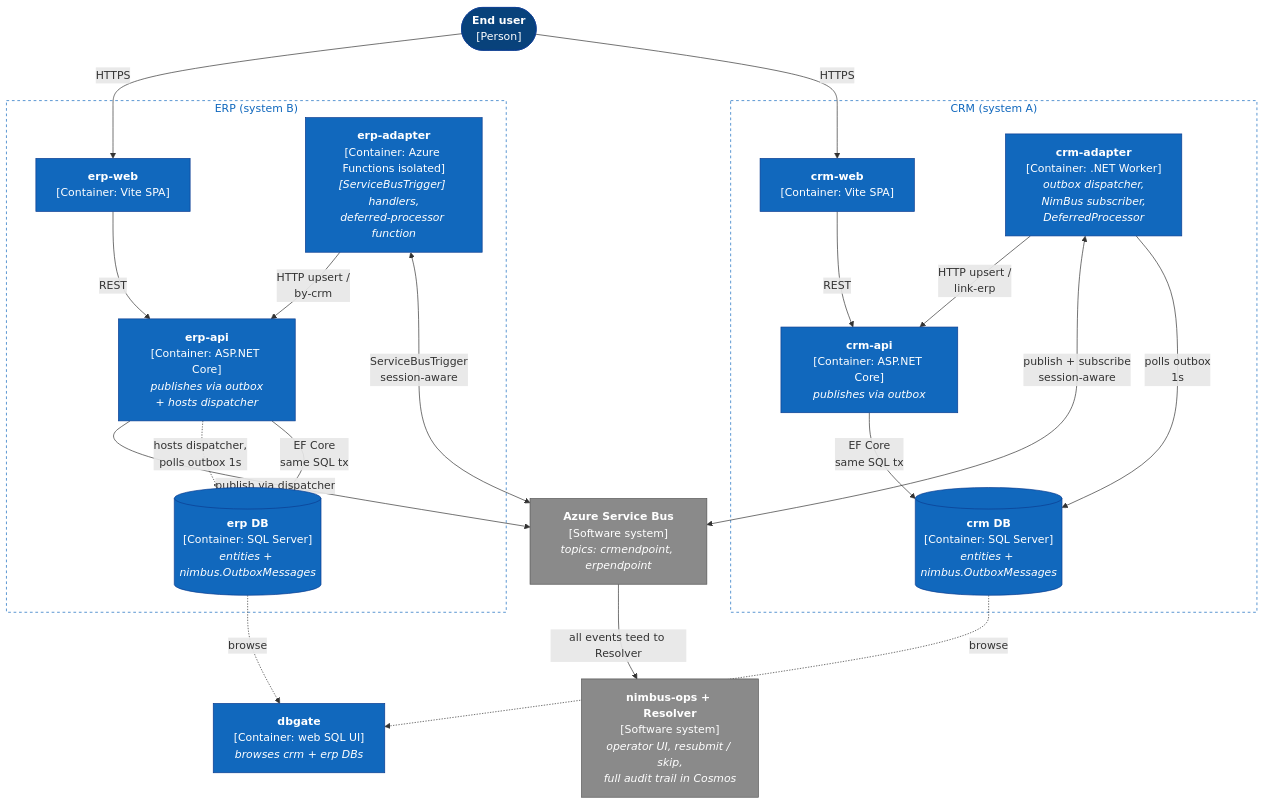
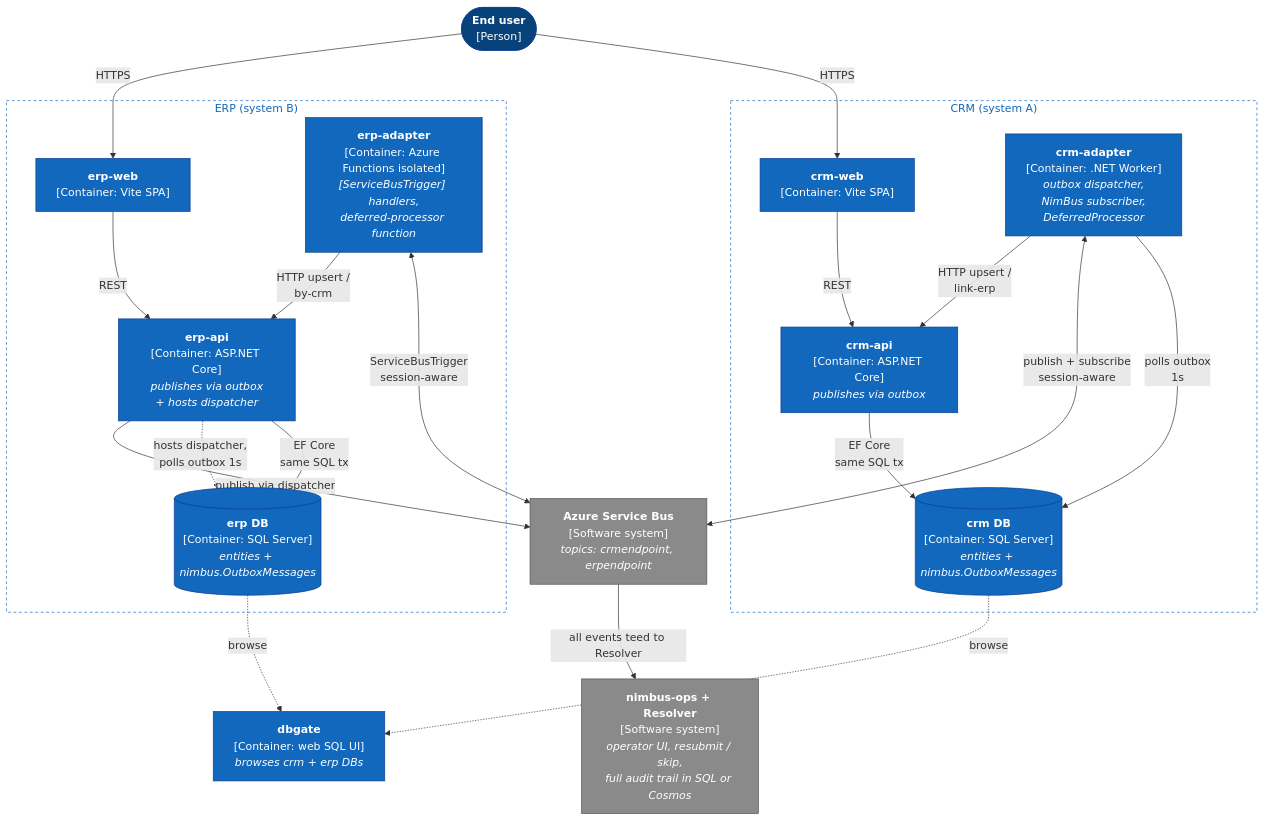
One commit to akakaule/NimBus changed the first of 6 diagrams in samples/CrmErpDemo/README.md. Above: the diagram before and after it, drawn with Mermaid. The commit also changed other lines of this file, not shown here.

First line of the commit message:
docs(crmerpdemo): document SQL Server / Cosmos storage-provider choice

````diff
--- a/samples/CrmErpDemo/README.md
+++ b/samples/CrmErpDemo/README.md
@@ -7,51 +7,51 @@
 ```mermaid
 graph TB
     user(["<b>End user</b><br/>[Person]"])
 
     subgraph crmSide["CRM (system A)"]
         crmWeb["<b>crm-web</b><br/>[Container: Vite SPA]"]
         crmApi["<b>crm-api</b><br/>[Container: ASP.NET Core]<br/><i>publishes via outbox</i>"]
         crmDb[("<b>crm DB</b><br/>[Container: SQL Server]<br/><i>entities + nimbus.OutboxMessages</i>")]
         crmAdapter["<b>crm-adapter</b><br/>[Container: .NET Worker]<br/><i>outbox dispatcher,<br/>NimBus subscriber,<br/>DeferredProcessor</i>"]
     end
 
     subgraph erpSide["ERP (system B)"]
         erpWeb["<b>erp-web</b><br/>[Container: Vite SPA]"]
         erpApi["<b>erp-api</b><br/>[Container: ASP.NET Core]<br/><i>publishes via outbox<br/>+ hosts dispatcher</i>"]
         erpDb[("<b>erp DB</b><br/>[Container: SQL Server]<br/><i>entities + nimbus.OutboxMessages</i>")]
         erpAdapter["<b>erp-adapter</b><br/>[Container: Azure Functions isolated]<br/><i>[ServiceBusTrigger] handlers,<br/>deferred-processor function</i>"]
     end
 
     sb["<b>Azure Service Bus</b><br/>[Software system]<br/><i>topics: crmendpoint, erpendpoint</i>"]
-    ops["<b>nimbus-ops + Resolver</b><br/>[Software system]<br/><i>operator UI, resubmit / skip,<br/>full audit trail in Cosmos</i>"]
+    ops["<b>nimbus-ops + Resolver</b><br/>[Software system]<br/><i>operator UI, resubmit / skip,<br/>full audit trail in SQL or Cosmos</i>"]
     dbgate["<b>dbgate</b><br/>[Container: web SQL UI]<br/><i>browses crm + erp DBs</i>"]
 
     user -->|HTTPS| crmWeb
     user -->|HTTPS| erpWeb
     crmWeb -->|REST| crmApi
     erpWeb -->|REST| erpApi
     crmApi -->|EF Core<br/>same SQL tx| crmDb
     erpApi -->|EF Core<br/>same SQL tx| erpDb
     crmAdapter -->|polls outbox<br/>1s| crmDb
     erpApi -.->|hosts dispatcher,<br/>polls outbox 1s| erpDb
     crmAdapter <-->|publish + subscribe<br/>session-aware| sb
     erpAdapter <-->|ServiceBusTrigger<br/>session-aware| sb
     erpApi -->|publish via dispatcher| sb
     crmAdapter -->|HTTP upsert /<br/>link-erp| crmApi
     erpAdapter -->|HTTP upsert /<br/>by-crm| erpApi
     sb -->|all events teed to Resolver| ops
     crmDb -.->|browse| dbgate
     erpDb -.->|browse| dbgate
 
     classDef person    fill:#08427b,stroke:#0b3d91,color:#ffffff
     classDef container fill:#1168bd,stroke:#0b3d91,color:#ffffff
     classDef store     fill:#1168bd,stroke:#0b3d91,color:#ffffff
     classDef external  fill:#8a8a8a,stroke:#545454,color:#ffffff
     classDef boundary  fill:none,stroke:#1168bd,stroke-dasharray:4 4,color:#1168bd
 
     class user person
     class crmWeb,crmApi,crmAdapter,erpWeb,erpApi,erpAdapter,dbgate container
     class crmDb,erpDb store
     class sb,ops external
     class crmSide,erpSide boundary
 ```
````
